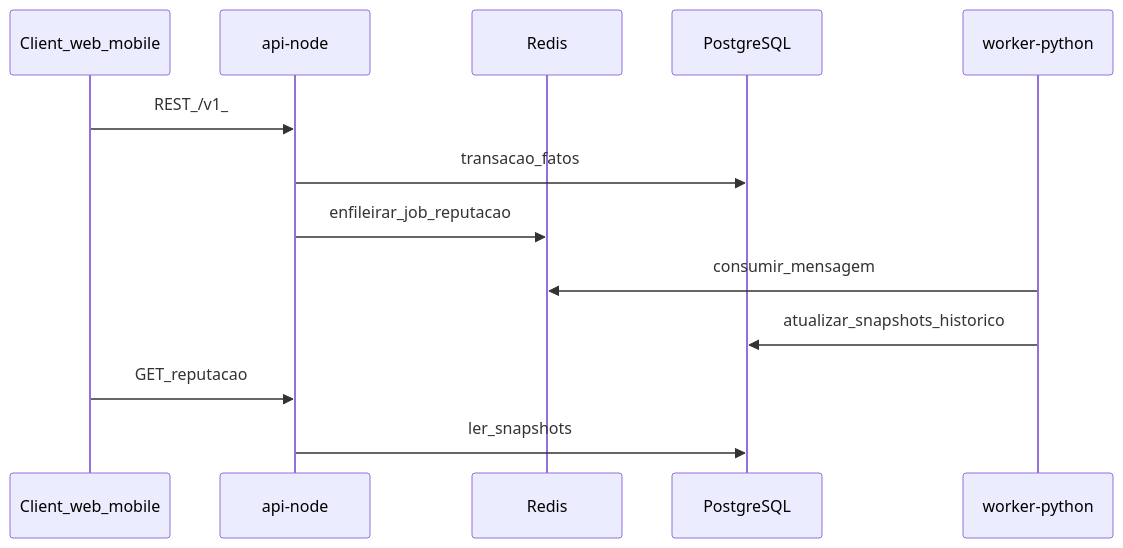
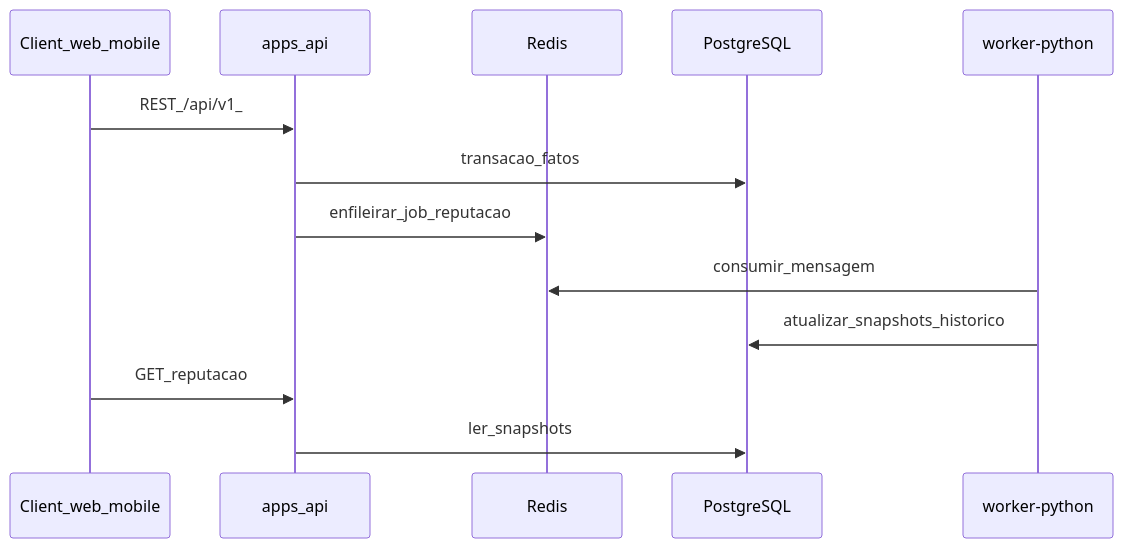
One commit to rastamansp/gwan-social changed the diagram in docs/04-application-architecture/integration-patterns.md. Above: the diagram before and after it, drawn with Mermaid. The commit also changed other lines of this file and 113 other files, not shown here.

````diff
--- a/docs/04-application-architecture/integration-patterns.md
+++ b/docs/04-application-architecture/integration-patterns.md
@@ -9,15 +9,15 @@
 ```mermaid
 sequenceDiagram
   participant C as Client_web_mobile
-  participant API as api-node
+  participant API as apps_api
   participant R as Redis
   participant PG as PostgreSQL
   participant W as worker-python
-  C->>API: REST_/v1_
+  C->>API: REST_/api/v1_
   API->>PG: transacao_fatos
   API->>R: enfileirar_job_reputacao
   W->>R: consumir_mensagem
   W->>PG: atualizar_snapshots_historico
   C->>API: GET_reputacao
   API->>PG: ler_snapshots
 ```
````
